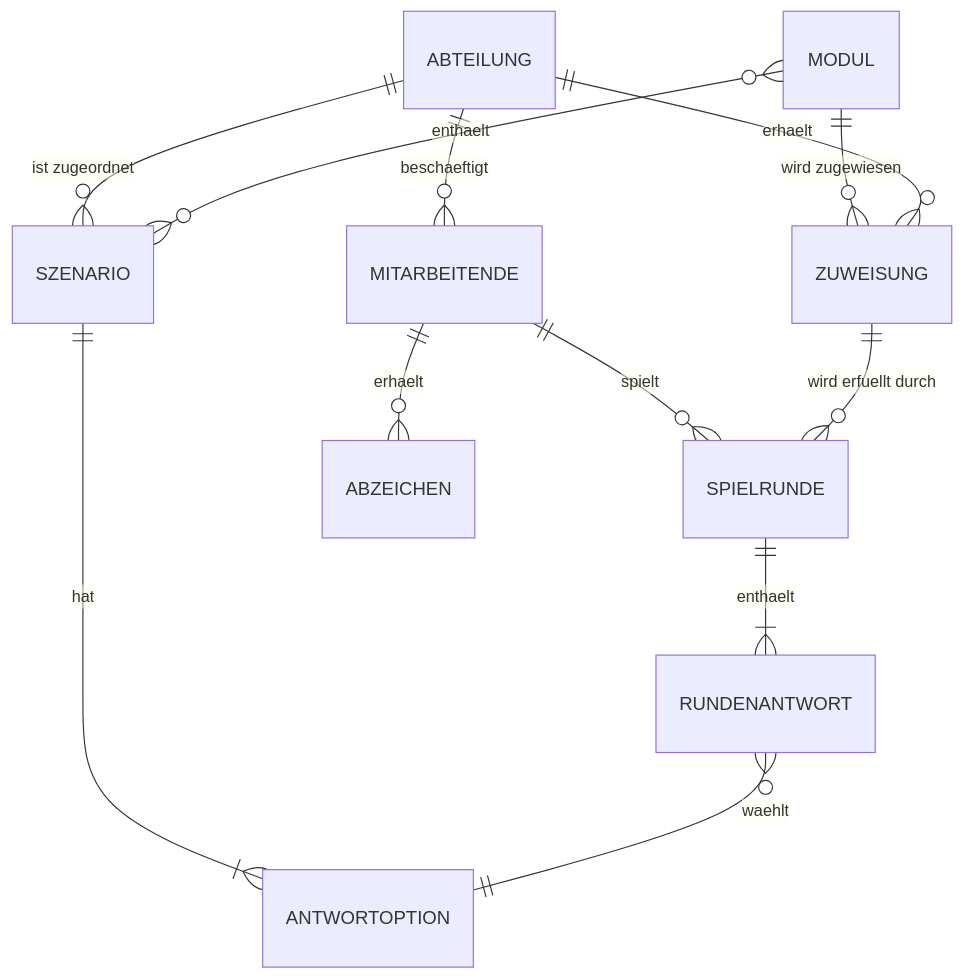
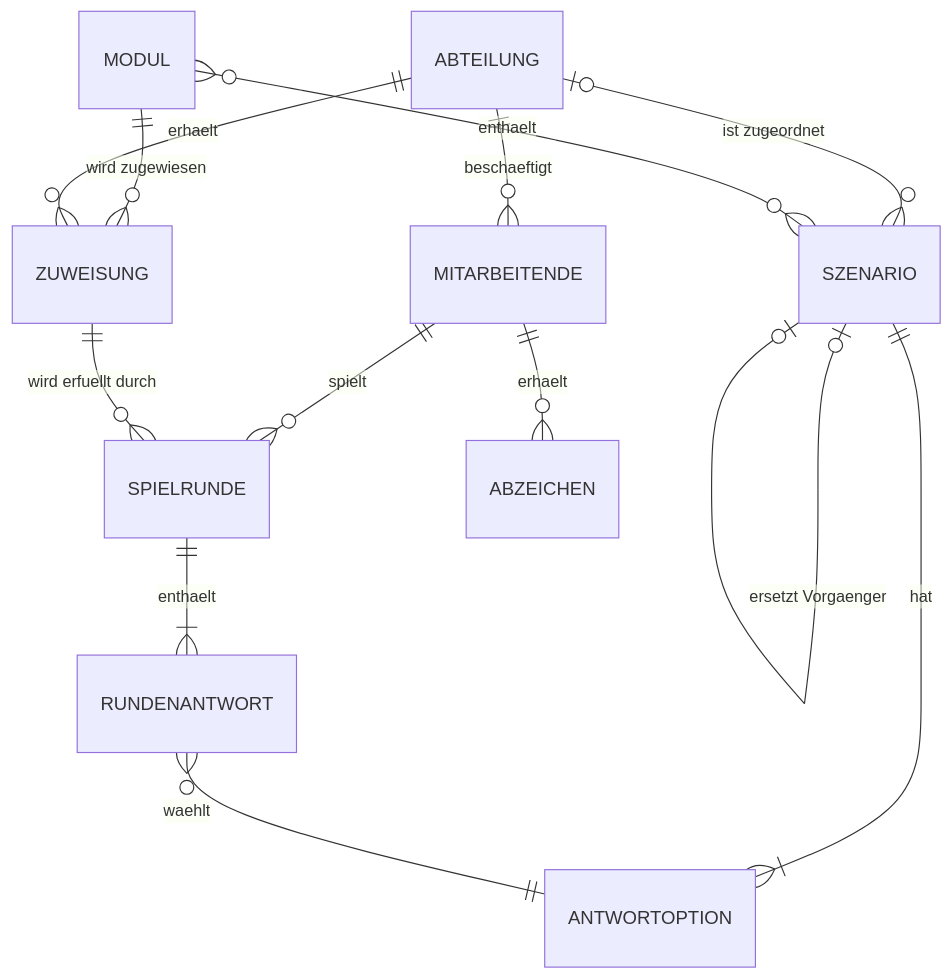
One commit to sibslusi/Project-AIAssisted changed the second of 2 diagrams in docs/PROJECT.md. Above: the diagram before and after it, drawn with Mermaid. The commit also changed other lines of this file, not shown here.

````diff
--- a/docs/PROJECT.md
+++ b/docs/PROJECT.md
@@ -61,14 +62,15 @@
 ```mermaid
 erDiagram
   ABTEILUNG ||--o{ MITARBEITENDE : beschaeftigt
-  ABTEILUNG ||--o{ SZENARIO : "ist zugeordnet"
+  ABTEILUNG |o--o{ SZENARIO : "ist zugeordnet"
+  SZENARIO |o--o| SZENARIO : "ersetzt Vorgaenger"
   SZENARIO ||--|{ ANTWORTOPTION : hat
   MODUL }o--o{ SZENARIO : enthaelt
   MODUL ||--o{ ZUWEISUNG : "wird zugewiesen"
   ABTEILUNG ||--o{ ZUWEISUNG : erhaelt
   MITARBEITENDE ||--o{ SPIELRUNDE : spielt
   ZUWEISUNG ||--o{ SPIELRUNDE : "wird erfuellt durch"
   SPIELRUNDE ||--|{ RUNDENANTWORT : enthaelt
   RUNDENANTWORT }o--|| ANTWORTOPTION : waehlt
   MITARBEITENDE ||--o{ ABZEICHEN : erhaelt
 ```
````
